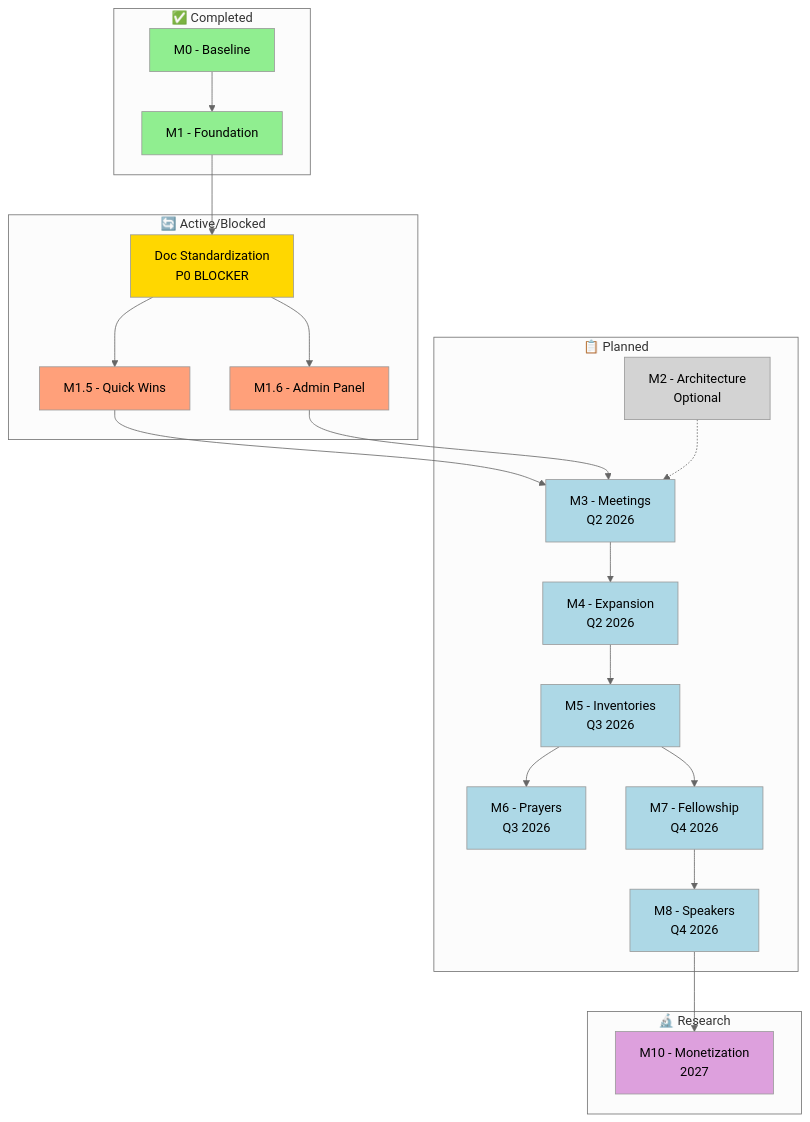
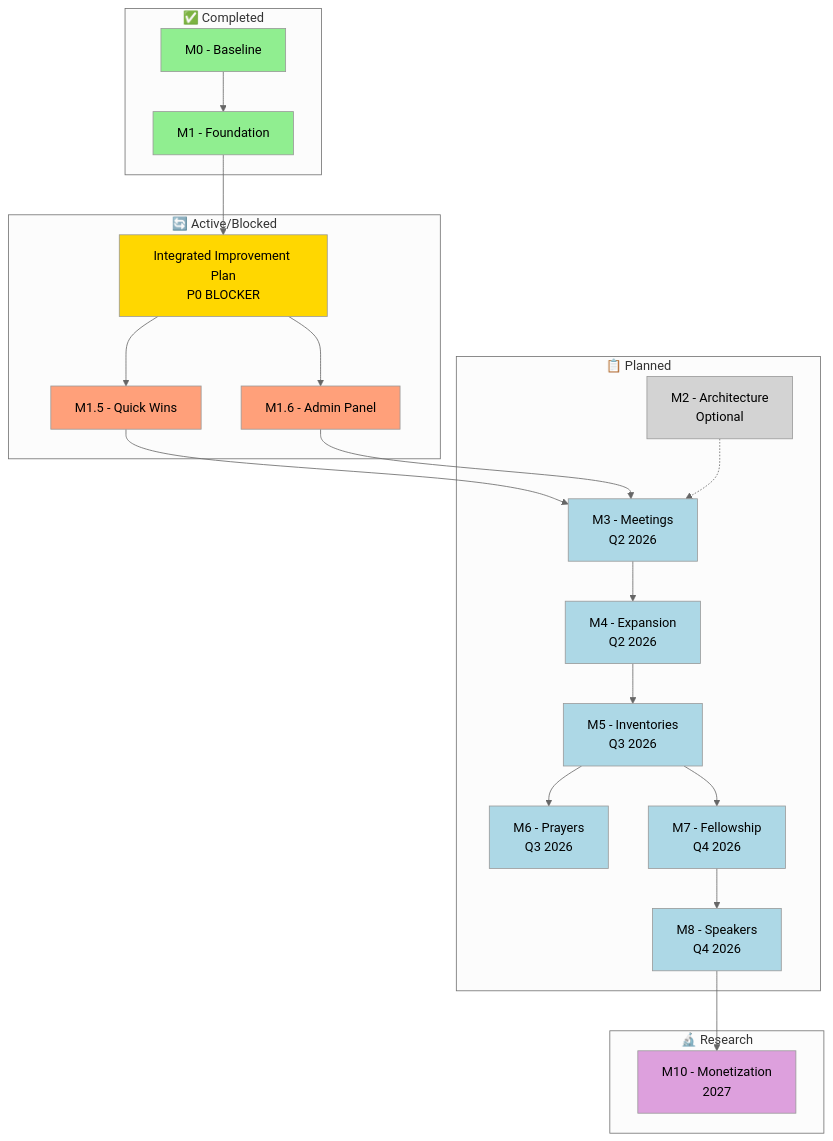
The diagram in ROADMAP.md (jasonmichaelbell78-creator/sonash-v0), drawn with Mermaid (neutral theme) before and after one commit. The commit also changed other lines of this file and 11 other files, not shown here.

````diff
--- a/ROADMAP.md
+++ b/ROADMAP.md
@@ -77,55 +77,55 @@
 ```mermaid
 flowchart TD
     subgraph Completed["✅ Completed"]
         M0[M0 - Baseline]
         M1[M1 - Foundation]
     end
 
     subgraph Active["🔄 Active/Blocked"]
-        DOC[Doc Standardization\nP0 BLOCKER]
+        DOC[Integrated Improvement Plan\nP0 BLOCKER]
         M15[M1.5 - Quick Wins]
         M16[M1.6 - Admin Panel]
     end
 
     subgraph Future["📋 Planned"]
         M2[M2 - Architecture\nOptional]
         M3[M3 - Meetings\nQ2 2026]
         M4[M4 - Expansion\nQ2 2026]
         M5[M5 - Inventories\nQ3 2026]
         M6[M6 - Prayers\nQ3 2026]
         M7[M7 - Fellowship\nQ4 2026]
         M8[M8 - Speakers\nQ4 2026]
     end
 
     subgraph Research["🔬 Research"]
         M10[M10 - Monetization\n2027]
     end
 
     M0 --> M1
     M1 --> DOC
     DOC --> M15
     DOC --> M16
     M15 --> M3
     M16 --> M3
     M2 -.-> M3
     M3 --> M4
     M4 --> M5
     M5 --> M6
     M5 --> M7
     M7 --> M8
     M8 --> M10
 
     style M0 fill:#90EE90
     style M1 fill:#90EE90
     style DOC fill:#FFD700
     style M15 fill:#FFA07A
     style M16 fill:#FFA07A
     style M2 fill:#D3D3D3
     style M3 fill:#ADD8E6
     style M4 fill:#ADD8E6
     style M5 fill:#ADD8E6
     style M6 fill:#ADD8E6
     style M7 fill:#ADD8E6
     style M8 fill:#ADD8E6
     style M10 fill:#DDA0DD
 ```
````
